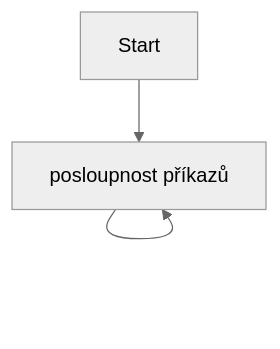
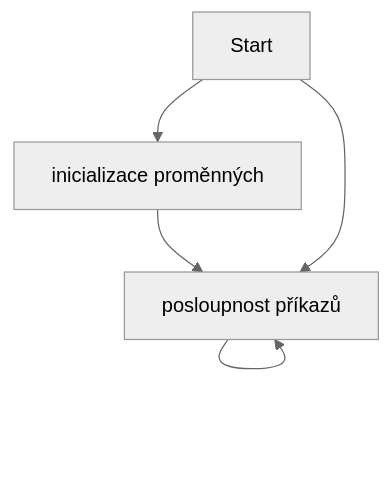
One commit to denisa-mat/BP-microbit changed the second of 2 diagrams in README.md. Above: the diagram before and after it, drawn with Mermaid (neutral theme). The commit also changed other lines of this file, not shown here.

Commit message:
styling, flowchart

````diff
--- a/README.md
+++ b/README.md
@@ -73,5 +74,7 @@
 ```mermaid
   graph TD;
-      A[Start] --> B[posloupnost příkazů];
-      B --> B[posloupnost příkazů];
+      A[Start] --> B[inicializace proměnných];
+      B --> C[posloupnost příkazů];
+      C --> C;
+      A --> C;
 ```
````
